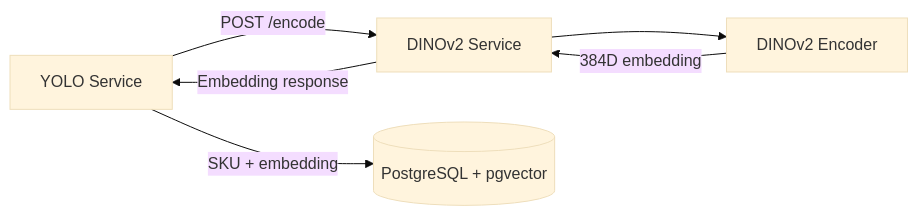
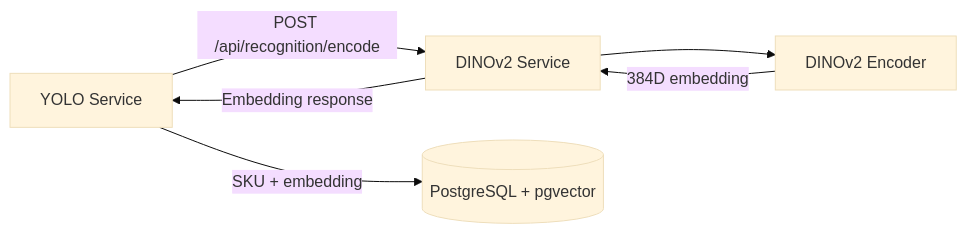
Before and after one commit to sunnydineva/product-recognition: the first of 2 diagrams in ai-service/dinov2-service/README.md, drawn with Mermaid (base theme). The commit also changed other lines of this file and 22 other files, not shown here.

````diff
--- a/ai-service/dinov2-service/README.md
+++ b/ai-service/dinov2-service/README.md
@@ -15,8 +15,8 @@
 ```mermaid
 flowchart LR
-    A["YOLO Service"] -->|" POST /encode "| B["DINOv2 Service"]
+    A["YOLO Service"] -->|" POST /api/recognition/encode "| B["DINOv2 Service"]
     B --> C["DINOv2 Encoder"]
     C -->|" 384D embedding "| B
     B -->|" Embedding response "| A
     A -->|" SKU + embedding "| D[("PostgreSQL + pgvector")]
 ```
````
